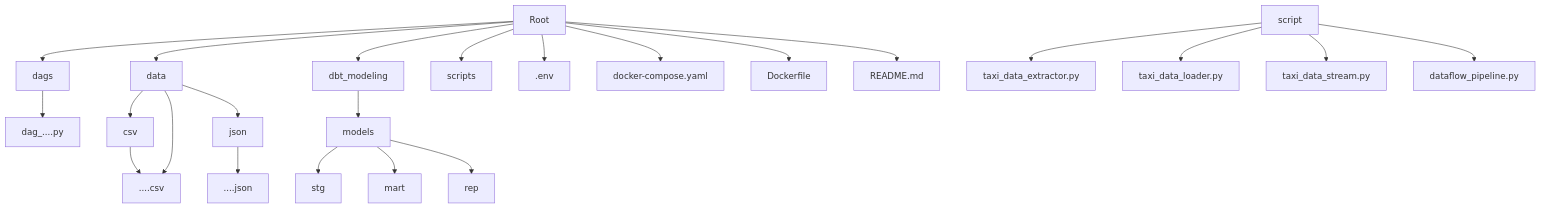
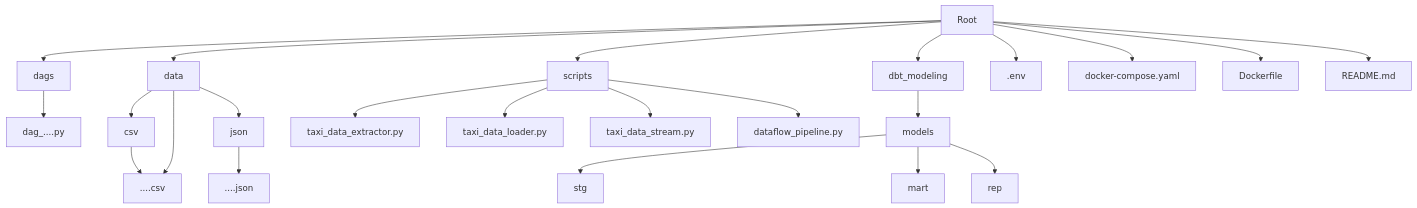
Before and after one commit to HafizhBaihaqi/taxi-pipeline-advanced: the diagram in README.md, drawn with Mermaid.

````diff
--- a/README.md
+++ b/README.md
@@ -17,25 +17,25 @@
 ```mermaid
 graph TD
     Root --> dags
     Root --> data
     Root --> dbt_modeling
     Root --> scripts
     Root --> .env
     Root --> docker-compose.yaml
     Root --> Dockerfile
     Root --> README.md
     dags --> dag_....py
     data --> csv
     csv --> ....csv
     data --> json
     json --> ....json
     data --> ....csv
     dbt_modeling --> models
     models --> stg
     models --> mart
     models --> rep
-    script --> taxi_data_extractor.py
-    script --> taxi_data_loader.py
-    script --> taxi_data_stream.py
-    script --> dataflow_pipeline.py
+    scripts --> taxi_data_extractor.py
+    scripts --> taxi_data_loader.py
+    scripts --> taxi_data_stream.py
+    scripts --> dataflow_pipeline.py
 ```
````
